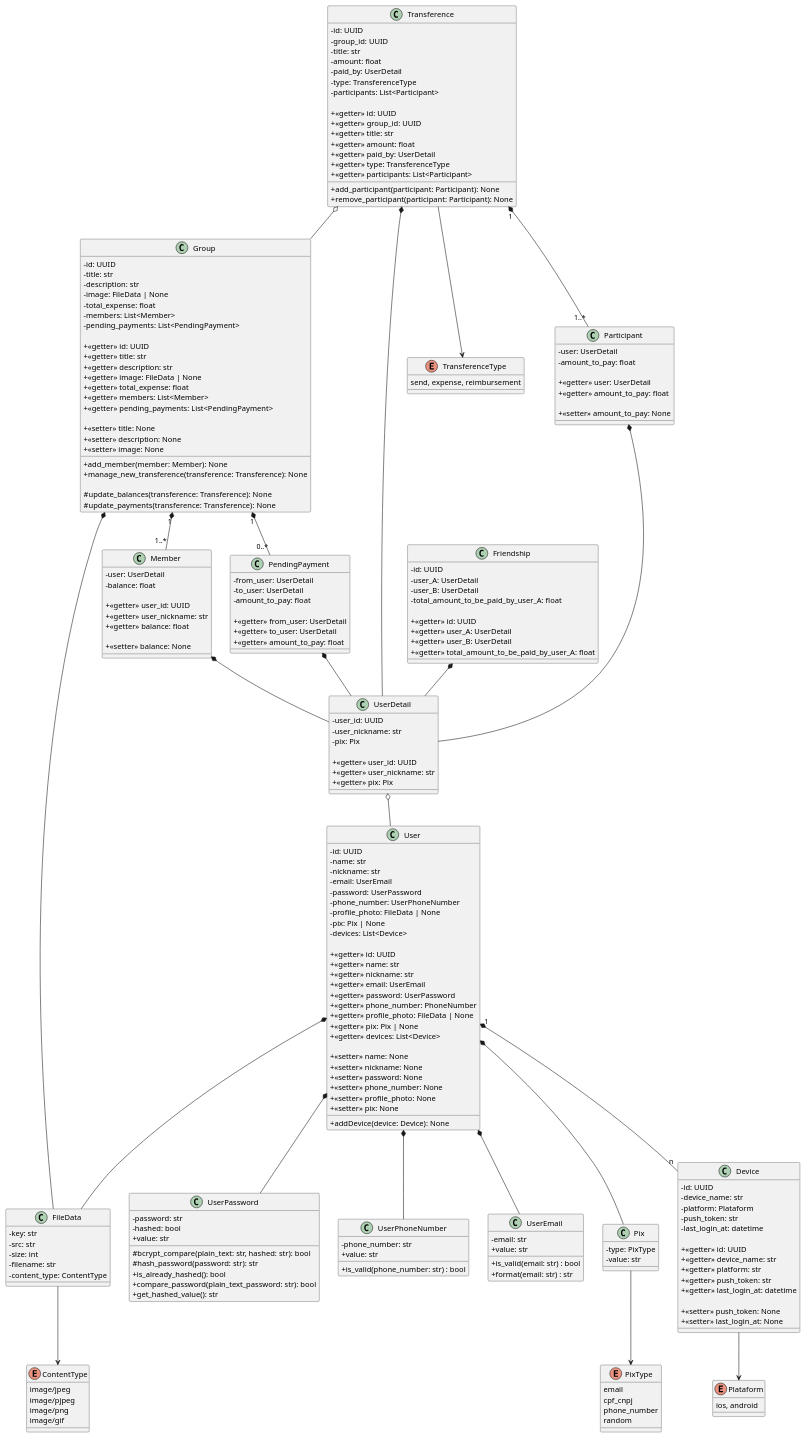
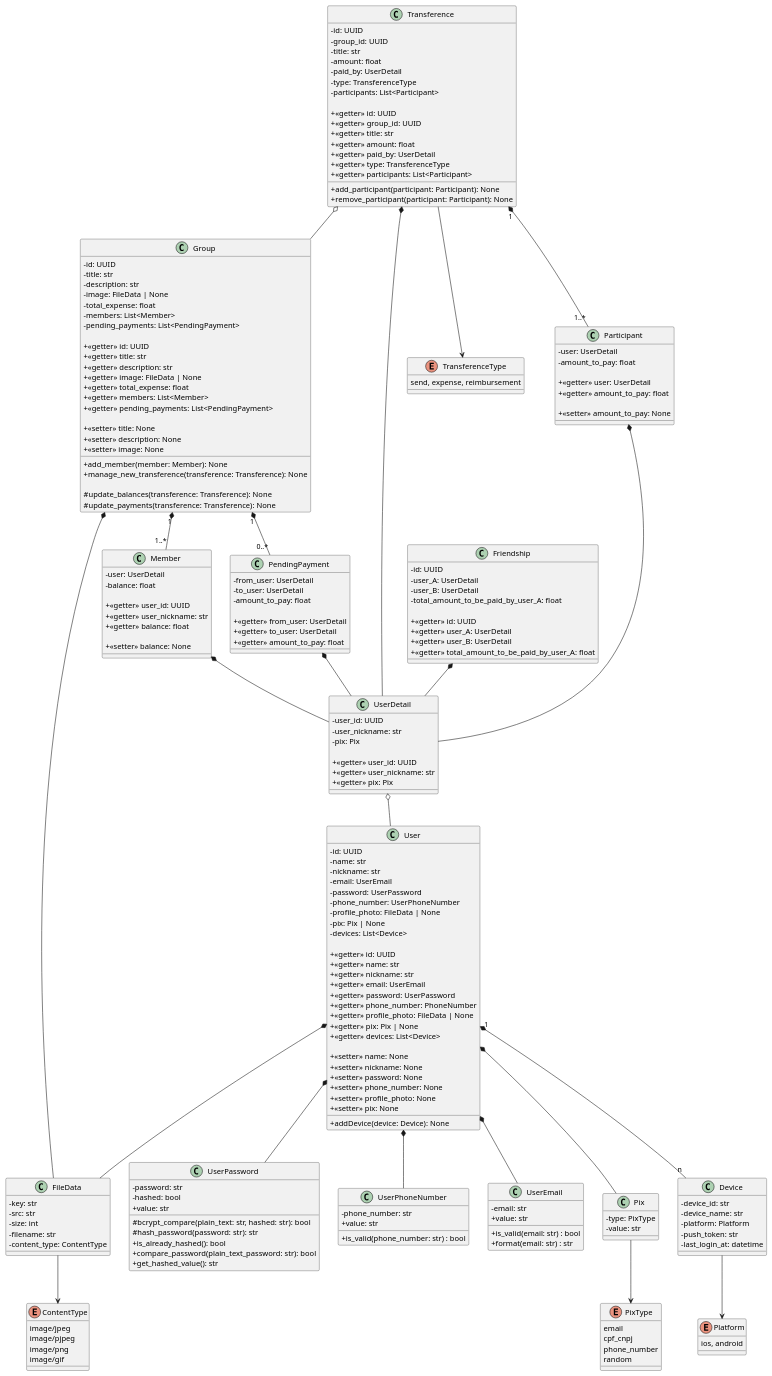
Before and after one commit to joaopedropiraja/FazAConta-backend: the diagram in uml.puml, drawn with PlantUML. The commit also changed 34 other files, not shown here.

```diff
--- a/uml.puml
+++ b/uml.puml
@@ -88,23 +88,14 @@
 }
 
 class Device {
-  - id: UUID
+  - device_id: str
   - device_name: str
-  - platform: Plataform
+  - platform: Platform
   - push_token: str
   - last_login_at: datetime
-
-  + <<getter>> id: UUID
-  + <<getter>> device_name: str
-  + <<getter>> platform: str
-  + <<getter>> push_token: str
-  + <<getter>> last_login_at: datetime
-
-  + <<setter>> push_token: None
-  + <<setter>> last_login_at: None
 }
 
-enum Plataform {
+enum Platform {
   ios, android
 }
 
@@ -127,7 +118,7 @@
 
 FileData --> ContentType
 Pix --> PixType
-Device --> Plataform
+Device --> Platform
 
 UserDetail o-- User
 
```
